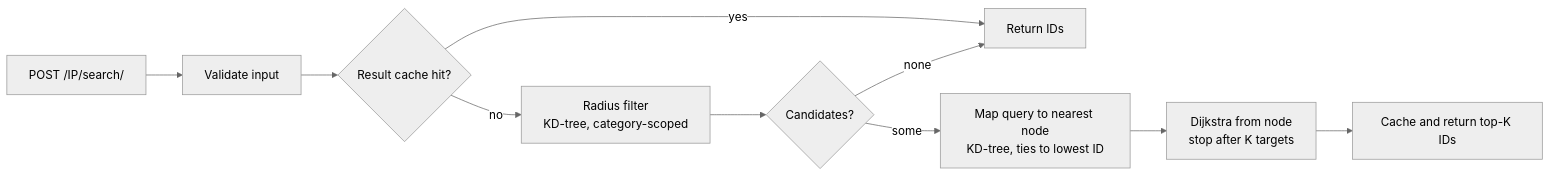
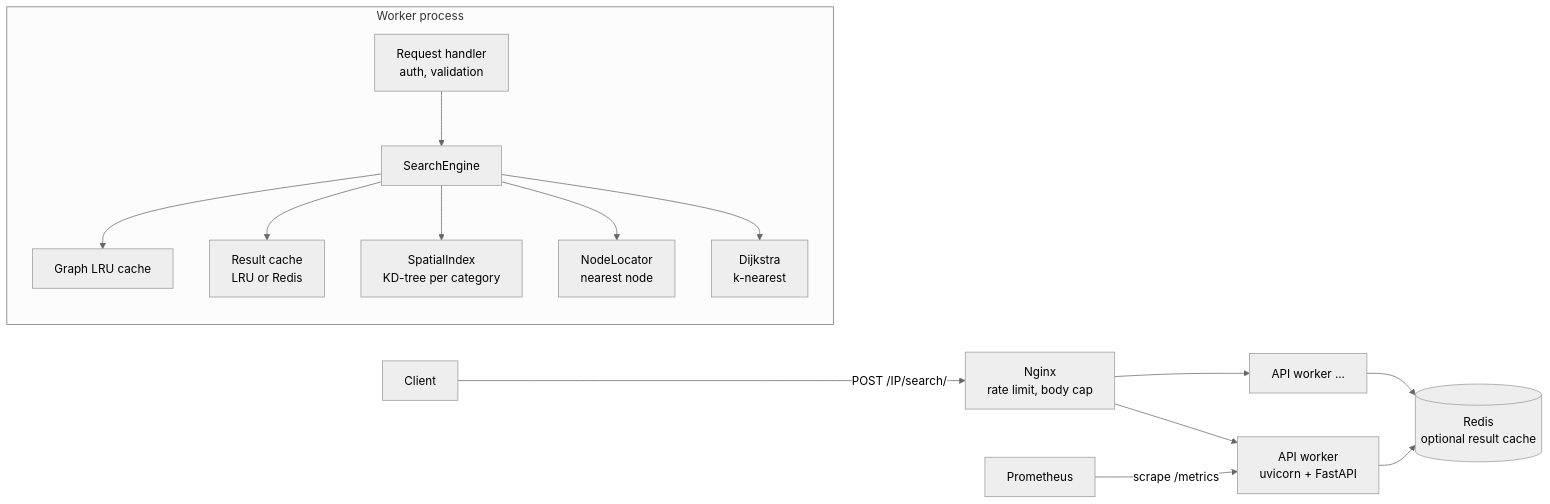
Before and after one commit to ashutosh229/proximity_search: the diagram in README.md, drawn with Mermaid (neutral theme). The commit also changed other lines of this file, not shown here.

````diff
--- a/README.md
+++ b/README.md
@@ -47,12 +53,18 @@
 ```mermaid
 flowchart LR
-    A[POST /IP/search/] --> B[Validate input]
-    B --> C{Result cache hit?}
-    C -- yes --> R[Return IDs]
-    C -- no --> D[Radius filter<br/>KD-tree, category-scoped]
-    D --> E{Candidates?}
-    E -- none --> R
-    E -- some --> F[Map query to nearest node<br/>KD-tree, ties to lowest ID]
-    F --> G[Dijkstra from node<br/>stop after K targets]
-    G --> H[Cache and return top-K IDs]
+    C[Client] -->|POST /IP/search/| N[Nginx<br/>rate limit, body cap]
+    N --> A1[API worker<br/>uvicorn + FastAPI]
+    N --> A2[API worker ...]
+    A1 --> R[(Redis<br/>optional result cache)]
+    A2 --> R
+    P[Prometheus] -->|scrape /metrics| A1
+    subgraph Worker process
+      direction TB
+      H[Request handler<br/>auth, validation] --> E[SearchEngine]
+      E --> GC[Graph LRU cache]
+      E --> RC[Result cache<br/>LRU or Redis]
+      E --> SI[SpatialIndex<br/>KD-tree per category]
+      E --> NL[NodeLocator<br/>nearest node]
+      E --> SP[Dijkstra<br/>k-nearest]
+    end
 ```
````
